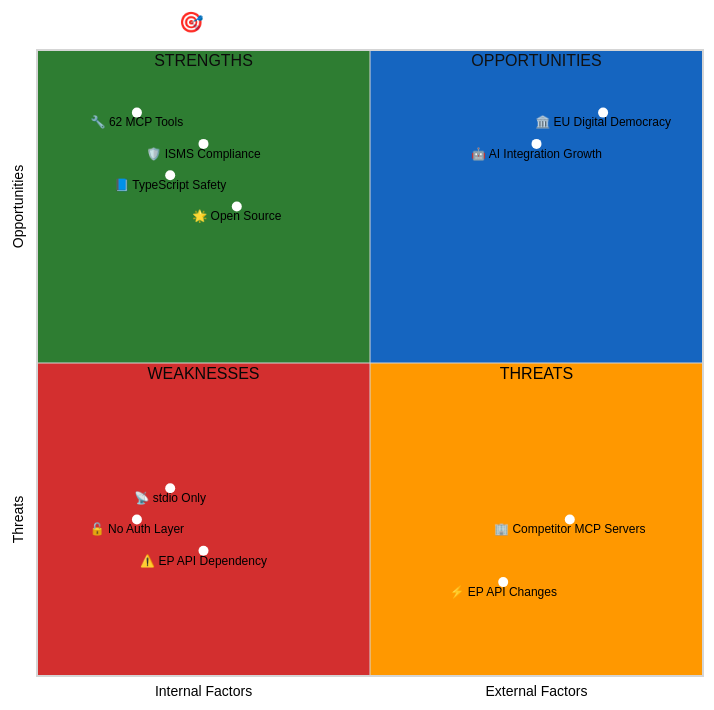
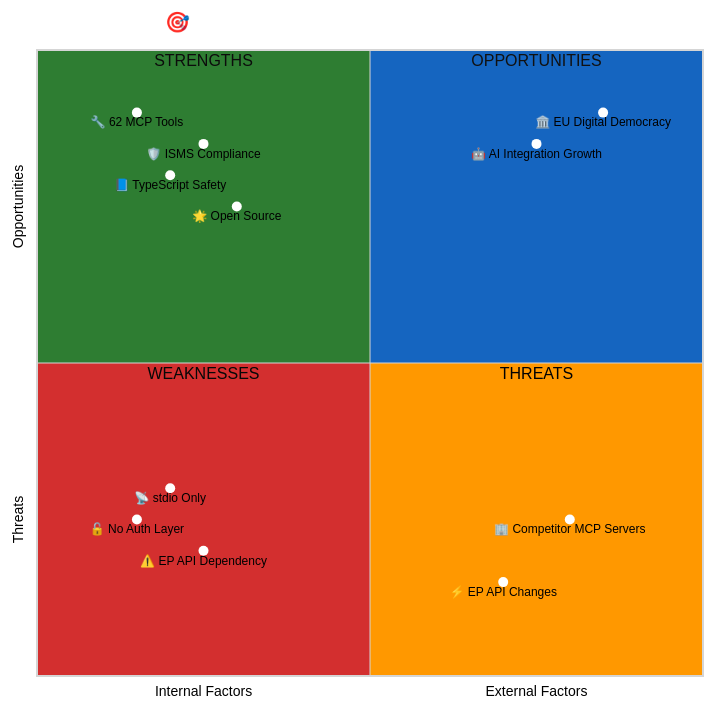
The diagram in SWOT.md (Hack23/European-Parliament-MCP-Server), drawn with Mermaid before and after one commit. The commit also changed other lines of this file and 12 other files, not shown here.

````diff
--- a/SWOT.md
+++ b/SWOT.md
@@ -57,44 +57,44 @@
 ```mermaid
 %%{init: {
   "theme": "neutral",
   "themeVariables": {
     "quadrant1Fill": "#1565C0",
     "quadrant2Fill": "#2E7D32",
     "quadrant3Fill": "#D32F2F",
     "quadrant4Fill": "#FF9800",
     "quadrantTitleFill": "#ffffff",
     "quadrantPointFill": "#ffffff",
     "quadrantPointTextFill": "#000000",
     "quadrantXAxisTextFill": "#000000",
     "quadrantYAxisTextFill": "#000000"
   },
   "quadrantChart": {
     "chartWidth": 700,
     "chartHeight": 700,
     "pointLabelFontSize": 12,
     "titleFontSize": 20,
     "quadrantLabelFontSize": 16,
     "xAxisLabelFontSize": 14,
     "yAxisLabelFontSize": 14
   }
 }}%%
 quadrantChart
-    title 🎯 EP MCP Server v1.1 SWOT Analysis
+    title 🎯 EP MCP Server v1.2.10 SWOT Analysis
     x-axis Internal Factors --> External Factors
     y-axis Threats --> Opportunities
     quadrant-1 OPPORTUNITIES
     quadrant-2 STRENGTHS
     quadrant-3 WEAKNESSES
     quadrant-4 THREATS
     "🔧 62 MCP Tools": [0.15, 0.90]
     "🛡️ ISMS Compliance": [0.25, 0.85]
     "📘 TypeScript Safety": [0.20, 0.80]
     "🌟 Open Source": [0.30, 0.75]
     "⚠️ EP API Dependency": [0.25, 0.20]
     "🔓 No Auth Layer": [0.15, 0.25]
     "📡 stdio Only": [0.20, 0.30]
     "🤖 AI Integration Growth": [0.75, 0.85]
     "🏛️ EU Digital Democracy": [0.85, 0.90]
     "⚡ EP API Changes": [0.70, 0.15]
     "🏢 Competitor MCP Servers": [0.80, 0.25]
 ```
````
